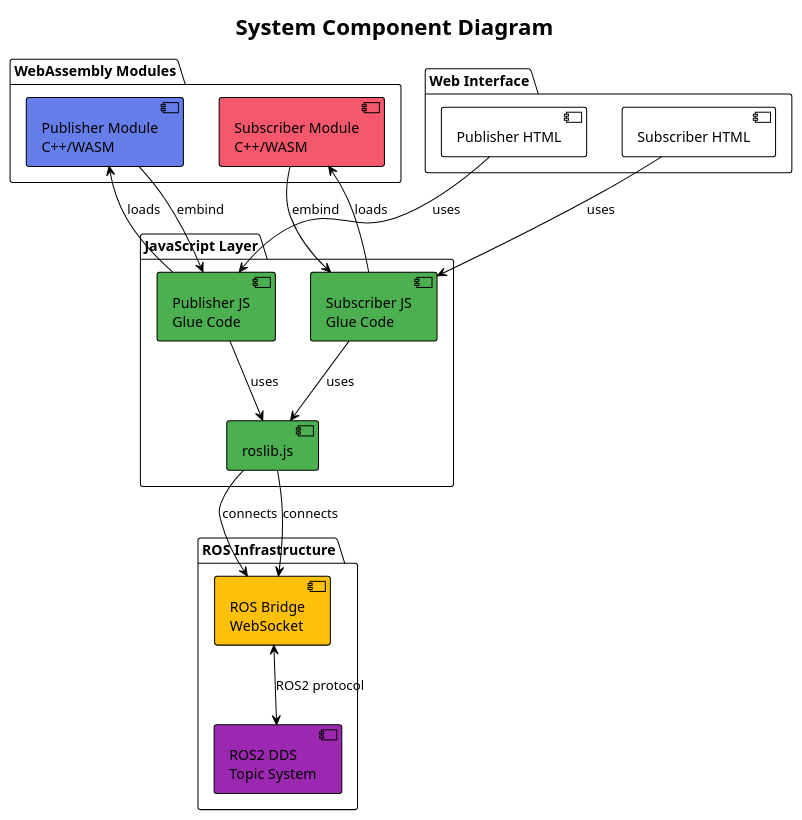
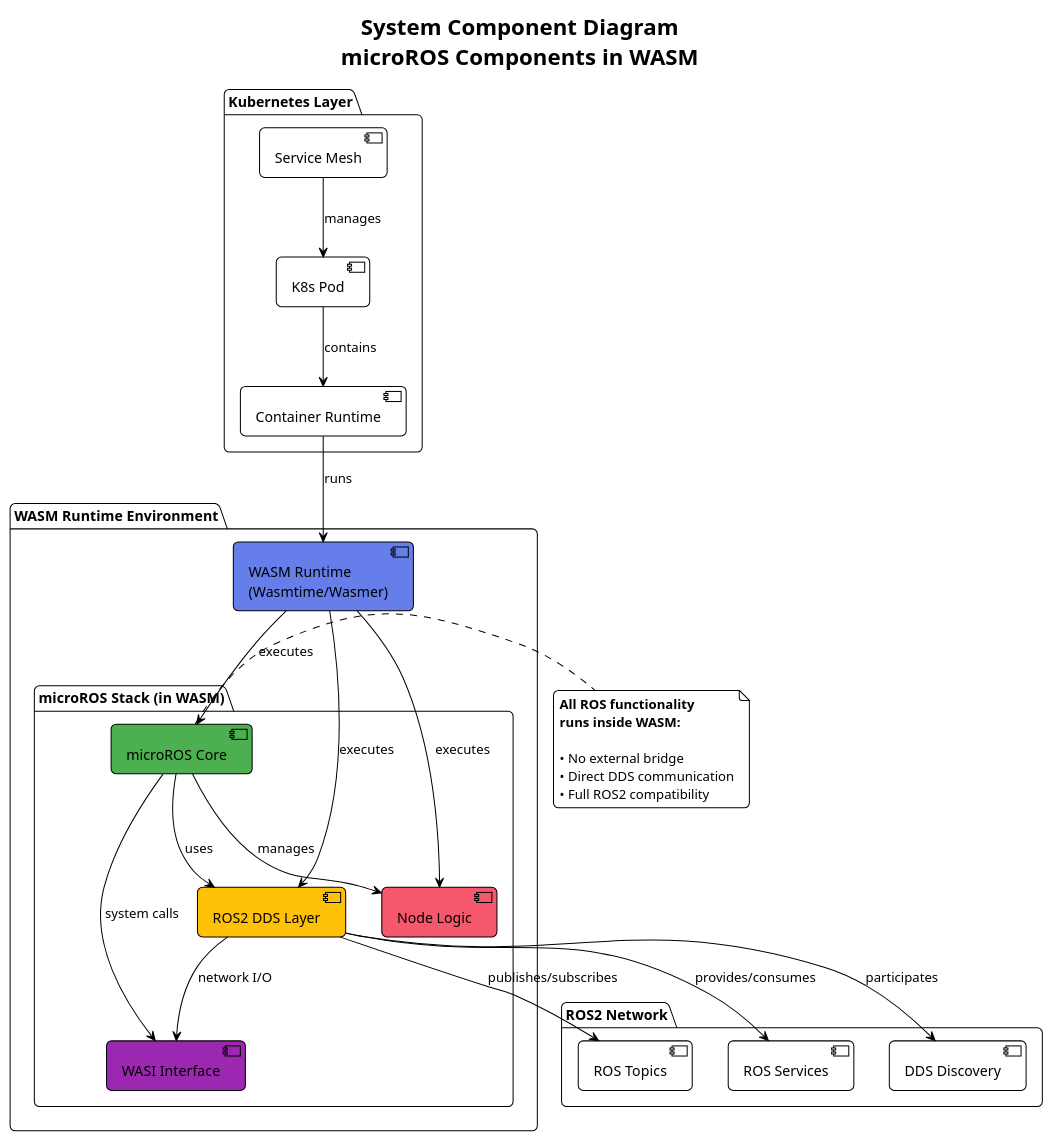
The diagram in diagrams/component_diagram.puml (lucadagati/ros_wasm_example), drawn with PlantUML before and after one commit. The commit also changed other lines of this file and 9 other files, not shown here.

First line of the commit message:
Fix UML diagrams: microROS runs INSIDE WASM runtime

```diff
--- a/diagrams/component_diagram.puml
+++ b/diagrams/component_diagram.puml
@@ -1,42 +1,57 @@
 @startuml Component Diagram
 !theme plain
 skinparam backgroundColor #FFFFFF
+skinparam roundcorner 10
 
-title System Component Diagram
+title System Component Diagram\nmicroROS Components in WASM
 
-package "WebAssembly Modules" {
-    component [Publisher Module\nC++/WASM] as PM #667eea
-    component [Subscriber Module\nC++/WASM] as SM #f5576c
+package "WASM Runtime Environment" {
+    component [WASM Runtime\n(Wasmtime/Wasmer)] as RUNTIME #667eea
+    
+    package "microROS Stack (in WASM)" {
+        component [microROS Core] as CORE #4CAF50
+        component [ROS2 DDS Layer] as DDS #FFC107
+        component [WASI Interface] as WASI #9C27B0
+        component [Node Logic] as NODE #f5576c
+        
+        CORE --> DDS : uses
+        CORE --> WASI : system calls
+        CORE --> NODE : manages
+        DDS --> WASI : network I/O
+    }
+    
+    RUNTIME --> CORE : executes
+    RUNTIME --> DDS : executes
+    RUNTIME --> NODE : executes
 }
 
-package "JavaScript Layer" {
-    component [Publisher JS\nGlue Code] as PJ #4CAF50
-    component [Subscriber JS\nGlue Code] as SJ #4CAF50
-    component [roslib.js] as ROSLIB #4CAF50
+package "Kubernetes Layer" {
+    component [K8s Pod] as POD
+    component [Container Runtime] as CONTAINER
+    component [Service Mesh] as MESH
+    
+    POD --> CONTAINER : contains
+    CONTAINER --> RUNTIME : runs
+    MESH --> POD : manages
 }
 
-package "ROS Infrastructure" {
-    component [ROS Bridge\nWebSocket] as RB #FFC107
-    component [ROS2 DDS\nTopic System] as DDS #9C27B0
+package "ROS2 Network" {
+    component [DDS Discovery] as DISCOVERY
+    component [ROS Topics] as TOPICS
+    component [ROS Services] as SERVICES
+    
+    DDS --> DISCOVERY : participates
+    DDS --> TOPICS : publishes/subscribes
+    DDS --> SERVICES : provides/consumes
 }
 
-package "Web Interface" {
-    component [Publisher HTML] as PH
-    component [Subscriber HTML] as SH
-}
-
-PH --> PJ : uses
-PJ --> PM : loads
-PJ --> ROSLIB : uses
-ROSLIB --> RB : connects
-
-SH --> SJ : uses
-SJ --> SM : loads
-SJ --> ROSLIB : uses
-ROSLIB --> RB : connects
-
-RB <--> DDS : ROS2 protocol
-PM --> PJ : embind
-SM --> SJ : embind
+note right of CORE
+  **All ROS functionality**
+  **runs inside WASM:**
+  
+  • No external bridge
+  • Direct DDS communication
+  • Full ROS2 compatibility
+end note
 
 @enduml
```
